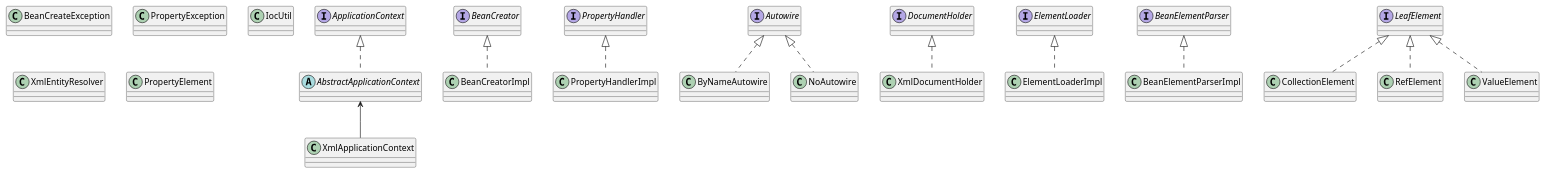
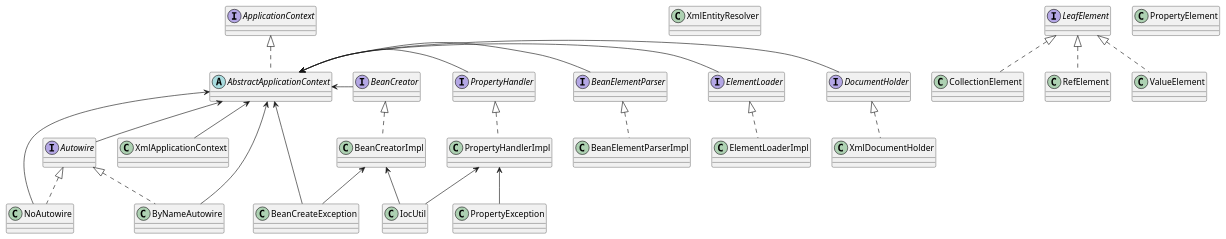
One commit to oOyuanbOo/simple-ioc changed the diagram in class.puml. Above: the diagram before and after it, drawn with PlantUML.

```diff
--- a/class.puml
+++ b/class.puml
@@ -1,81 +1,95 @@
 @startuml
 
 abstract class AbstractApplicationContext
 
 interface ApplicationContext
 
 class XmlApplicationContext
 
 
 interface BeanCreator
 
 class BeanCreatorImpl
 
 interface PropertyHandler
 
 class PropertyHandlerImpl
 
 
 class BeanCreateException
 
 class PropertyException
 
 class IocUtil
 
 
 interface Autowire
 
 class ByNameAutowire
 
 class NoAutowire
 
 
 interface DocumentHolder
 
 class XmlDocumentHolder
 
 class XmlEntityResolver
 
 
 interface ElementLoader
 
 class ElementLoaderImpl
 
 interface BeanElementParser
 
 class BeanElementParserImpl
 
 class CollectionElement
 
 interface LeafElement
 
 class PropertyElement
 
 class RefElement
 
 class ValueElement
 
 
 ApplicationContext <|..AbstractApplicationContext
 AbstractApplicationContext <-- XmlApplicationContext
+AbstractApplicationContext <- DocumentHolder
+AbstractApplicationContext <- ElementLoader
+AbstractApplicationContext <- BeanElementParser
+AbstractApplicationContext <- BeanCreator
+AbstractApplicationContext <- PropertyHandler
+AbstractApplicationContext <-- Autowire
+AbstractApplicationContext <-- ByNameAutowire
+AbstractApplicationContext <-- NoAutowire
+AbstractApplicationContext <-- BeanCreateException
 
 BeanCreator <|.. BeanCreatorImpl
 PropertyHandler <|.. PropertyHandlerImpl
+BeanCreatorImpl <-- BeanCreateException
+BeanCreatorImpl <-- IocUtil
+PropertyHandlerImpl <-- IocUtil
+PropertyHandlerImpl <-- PropertyException
+
 
 Autowire <|.. ByNameAutowire
 Autowire <|.. NoAutowire
 
 DocumentHolder <|.. XmlDocumentHolder
 
 ElementLoader <|.. ElementLoaderImpl
 
 BeanElementParser <|.. BeanElementParserImpl
 
 LeafElement <|.. CollectionElement
 
 LeafElement <|.. RefElement
 
 LeafElement <|.. ValueElement
 
 
 @enduml
```
